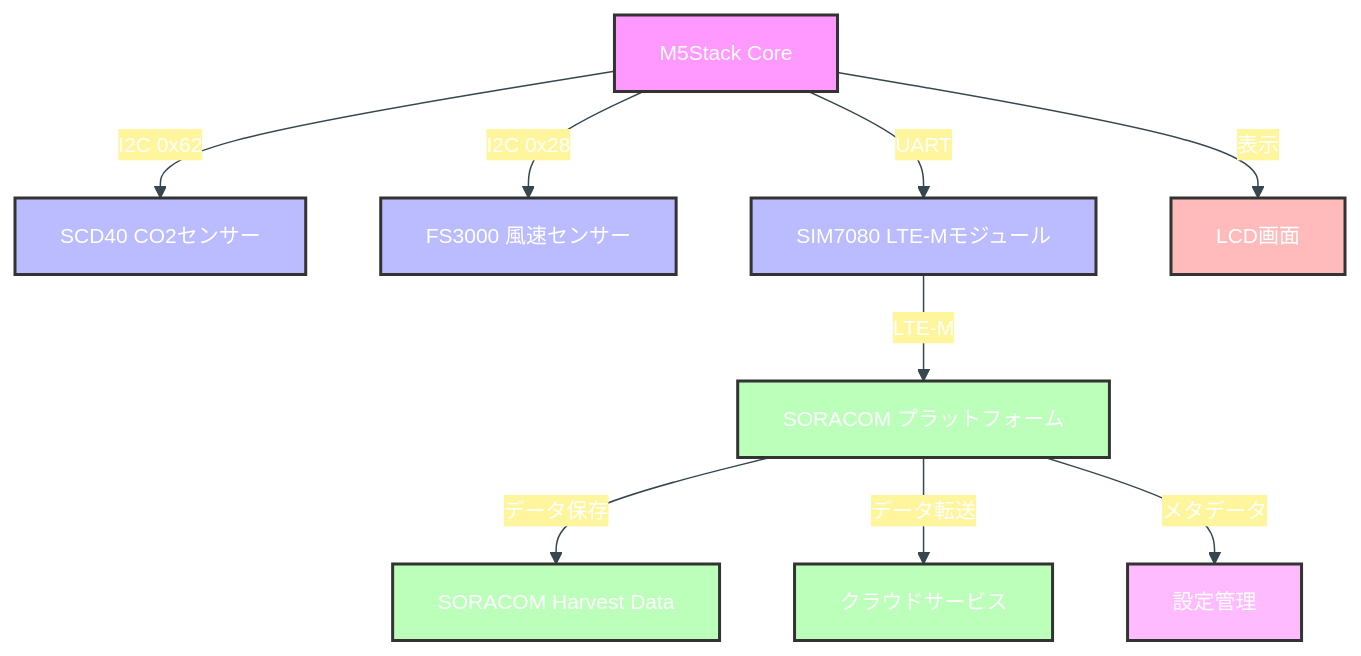
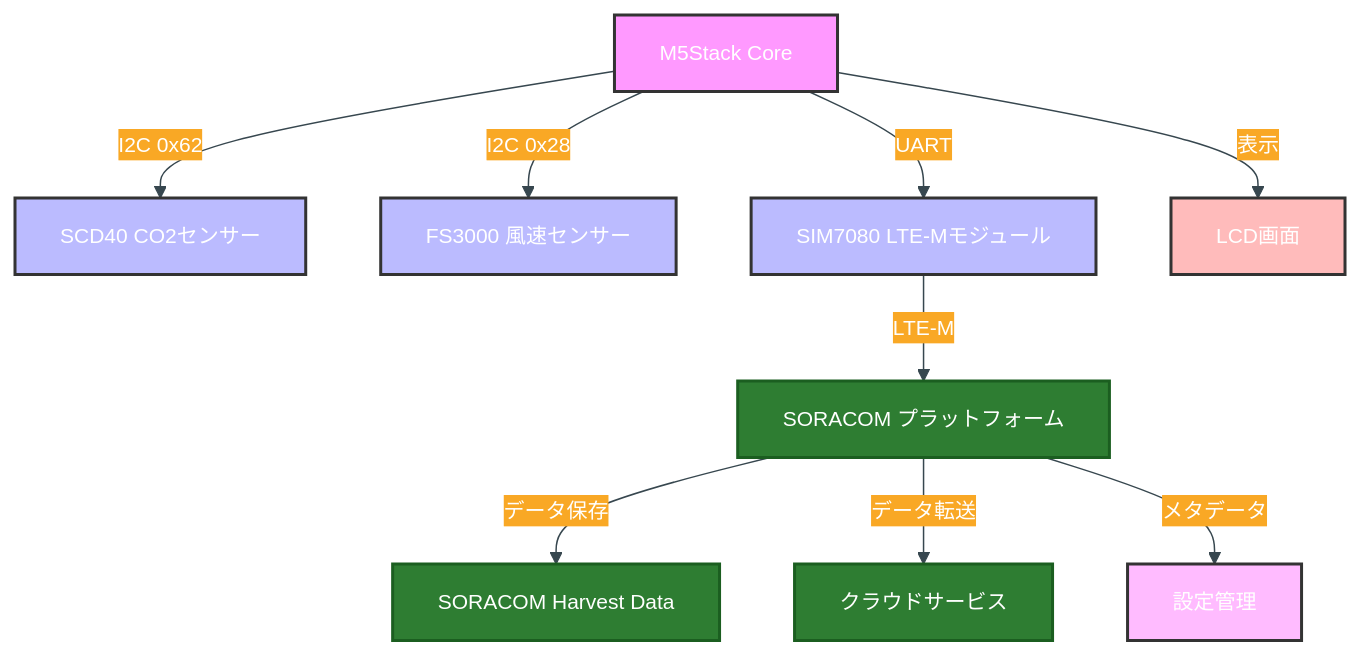
The first of 2 diagrams in README.md (takao2704/M5stack-CO2Monitor-LTEM), drawn with Mermaid before and after one commit. The commit also changed other lines of this file, not shown here.

Commit message:
docs(readme): increase Mermaid edge label background contrast to #F9A825 for better readability with white text

````diff
--- a/README.md
+++ b/README.md
@@ -22,33 +22,33 @@
 ```mermaid
 %%{init: {'theme':'base', 'themeVariables': {
   'primaryColor':'#1565C0', 'primaryTextColor':'#ffffff', 'primaryBorderColor':'#0D47A1',
   'secondaryColor':'#2E7D32', 'secondaryTextColor':'#ffffff',
   'tertiaryColor':'#F5F5F5', 'lineColor':'#37474F', 'textColor':'#212121',
   'fontSize':'14px', 'fontFamily':'Inter, Roboto, Helvetica, Arial',
   'clusterBkg':'#ECEFF1', 'clusterBorder':'#607D8B',
-  'edgeLabelBackground':'#FFF59D',
+  'edgeLabelBackground':'#F9A825',
   'error':'#C62828', 'errorTextColor':'#ffffff',
   'warning':'#EF6C00', 'warningTextColor':'#ffffff',
   'success':'#2E7D32', 'successTextColor':'#ffffff'
 }}}%%
 graph TD
     A[M5Stack Core] -->|I2C 0x62| B[SCD40 CO2センサー]
     A -->|I2C 0x28| H[FS3000 風速センサー]
     A -->|UART| C[SIM7080 LTE-Mモジュール]
     C -->|LTE-M| D[SORACOM プラットフォーム]
     D -->|データ保存| E[SORACOM Harvest Data]
     D -->|データ転送| F[クラウドサービス]
     D -->|メタデータ| I[設定管理]
     A -->|表示| G[LCD画面]
     
     style A fill:#f9f,stroke:#333,stroke-width:2px
     style B fill:#bbf,stroke:#333,stroke-width:2px
     style H fill:#bbf,stroke:#333,stroke-width:2px
     style C fill:#bbf,stroke:#333,stroke-width:2px
-    style D fill:#bfb,stroke:#333,stroke-width:2px
-    style E fill:#bfb,stroke:#333,stroke-width:2px
-    style F fill:#bfb,stroke:#333,stroke-width:2px
+    style D fill:#2E7D32,stroke:#1B5E20,stroke-width:2px,color:#ffffff
+    style E fill:#2E7D32,stroke:#1B5E20,stroke-width:2px,color:#ffffff
+    style F fill:#2E7D32,stroke:#1B5E20,stroke-width:2px,color:#ffffff
     style G fill:#fbb,stroke:#333,stroke-width:2px
     style I fill:#fbf,stroke:#333,stroke-width:2px
     
 ```
````
